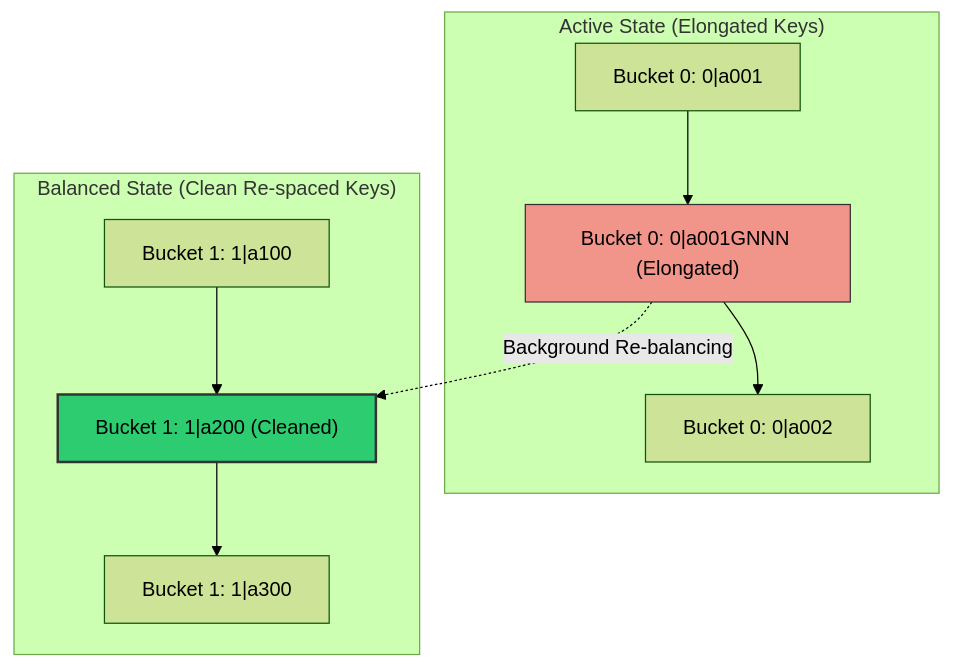
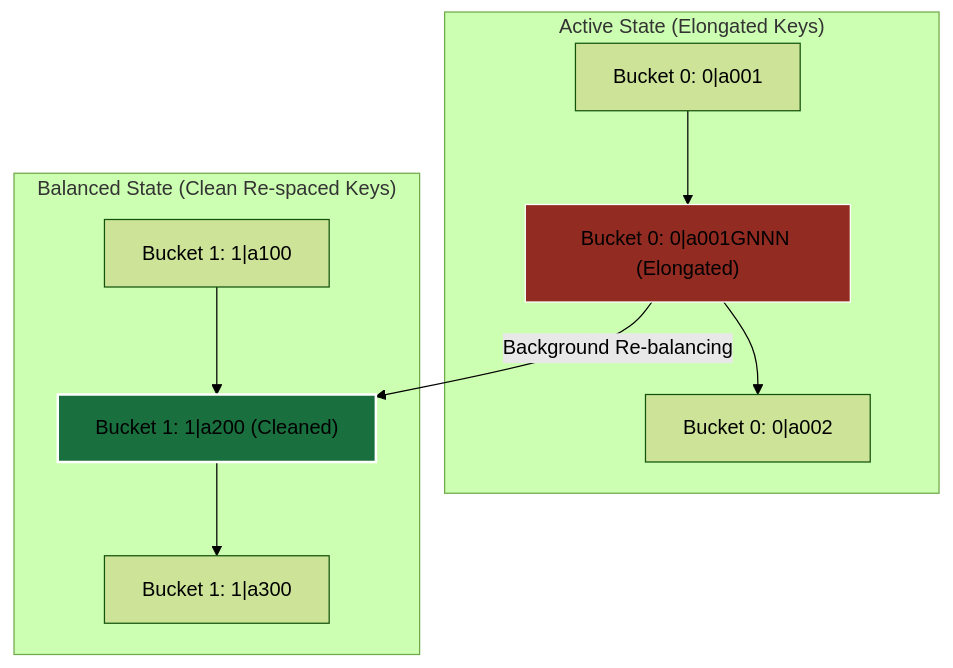
The third of 3 diagrams in Block-Based Document Systems Engineering.md (Amit6648/obsidian), drawn with Mermaid (forest theme) before and after one commit. The commit also changed other lines of this file, not shown here.

````diff
--- a/Block-Based Document Systems Engineering.md
+++ b/Block-Based Document Systems Engineering.md
@@ -520,17 +520,17 @@
 ```mermaid
 graph TD
     subgraph active_state ["Active State (Elongated Keys)"]
         A["Bucket 0: 0|a001"] --> B["Bucket 0: 0|a001GNNN (Elongated)"]
         B --> C["Bucket 0: 0|a002"]
     end
 
-    B -.->|Background Re-balancing| Y
+    B -->|Background Re-balancing| Y
 
     subgraph balanced_state ["Balanced State (Clean Re-spaced Keys)"]
         X["Bucket 1: 1|a100"] --> Y["Bucket 1: 1|a200 (Cleaned)"]
         Y --> Z["Bucket 1: 1|a300"]
     end
 
-    style B fill:#f1948a,stroke:#333,stroke-width:1px
-    style Y fill:#2ecc71,stroke:#333,stroke-width:2px
+    style B fill:#922b21,stroke:#fff,stroke-width:1px
+    style Y fill:#196f3d,stroke:#fff,stroke-width:2px
 ```
````
